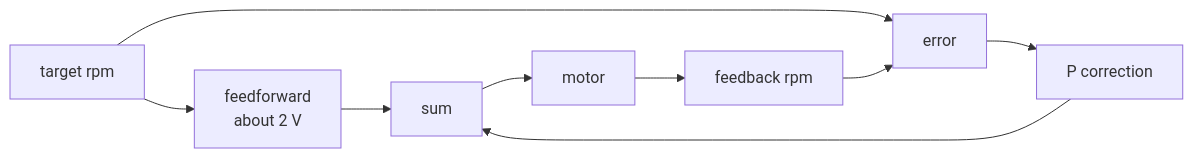
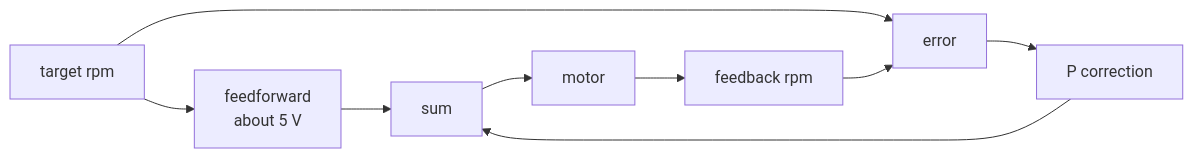
Before and after one commit to inaku-Gyan/RM-EC-Tutorial-2026-Summer: the eighth of 16 diagrams in decks/kinematics-pid/slides.md, drawn with Mermaid. The commit also changed other lines of this file, not shown here.

Commit message:
优化 PID 相关曲线图

````diff
--- a/decks/kinematics-pid/slides.md
+++ b/decks/kinematics-pid/slides.md
@@ -653,11 +645,11 @@
 ```mermaid
 flowchart LR
-  R[target rpm] --> FF[feedforward<br/>about 2 V]
+  R[target rpm] --> FF[feedforward<br/>about 5 V]
   R --> E[error]
   Y[feedback rpm] --> E
   E --> P[P correction]
   FF --> S[sum]
   P --> S
   S --> M[motor]
   M --> Y
 ```
````
